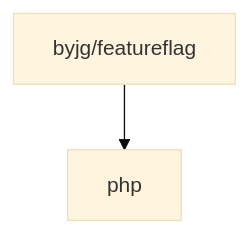
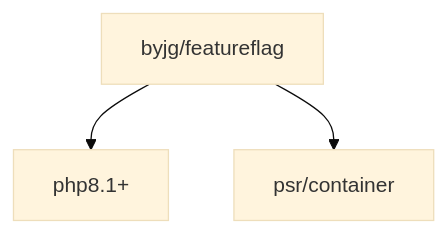
One commit to byjg/byjg.github.io changed the diagram in docs/php/featureflag/README.md. Above: the diagram before and after it, drawn with Mermaid (base theme). The commit also changed other lines of this file and 8 other files, not shown here.

Commit message:
Update documentation 'php' 'php-featureflag'

````diff
--- a/docs/php/featureflag/README.md
+++ b/docs/php/featureflag/README.md
@@ -63,4 +90,5 @@
 ```mermaid
 flowchart TD
-    byjg/featureflag --> php
+    byjg/featureflag --> php8.1+
+    byjg/featureflag --> psr/container
 ```
````
